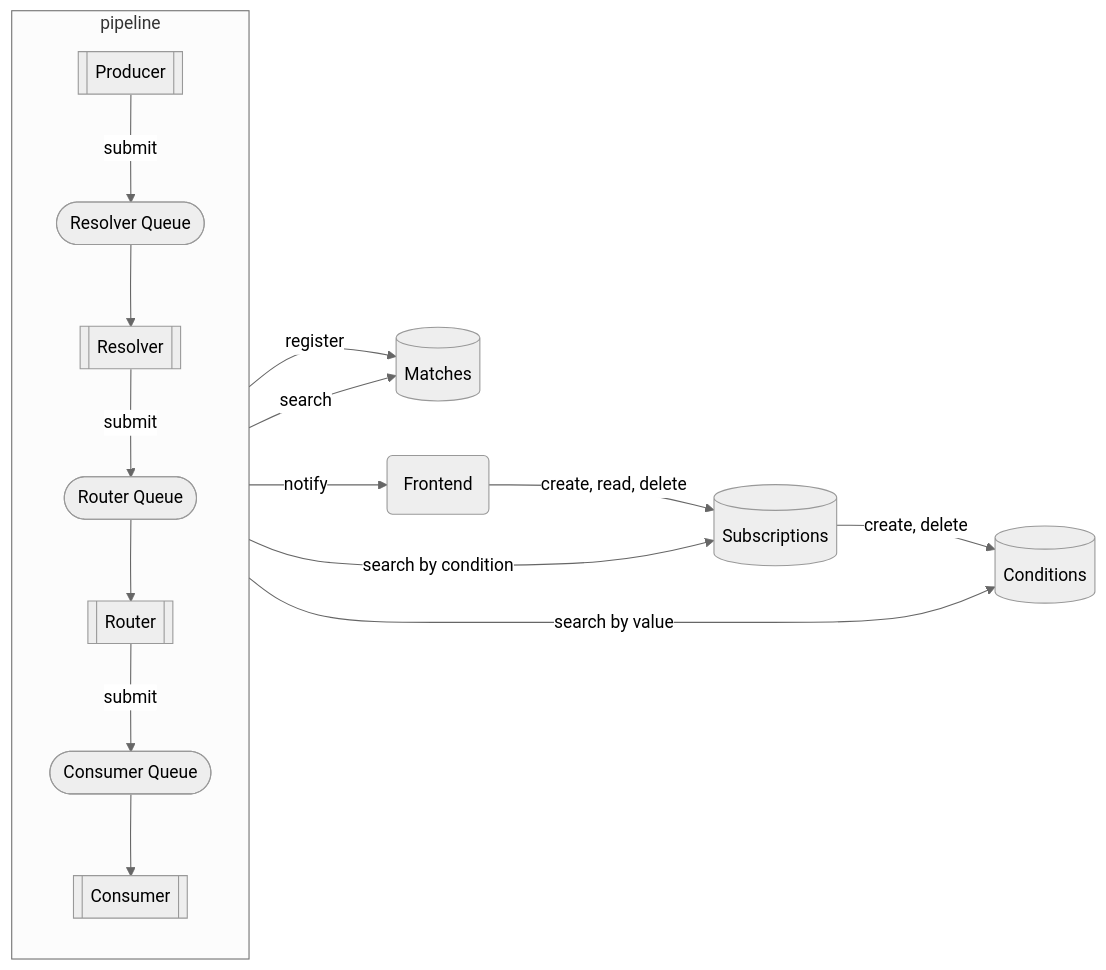
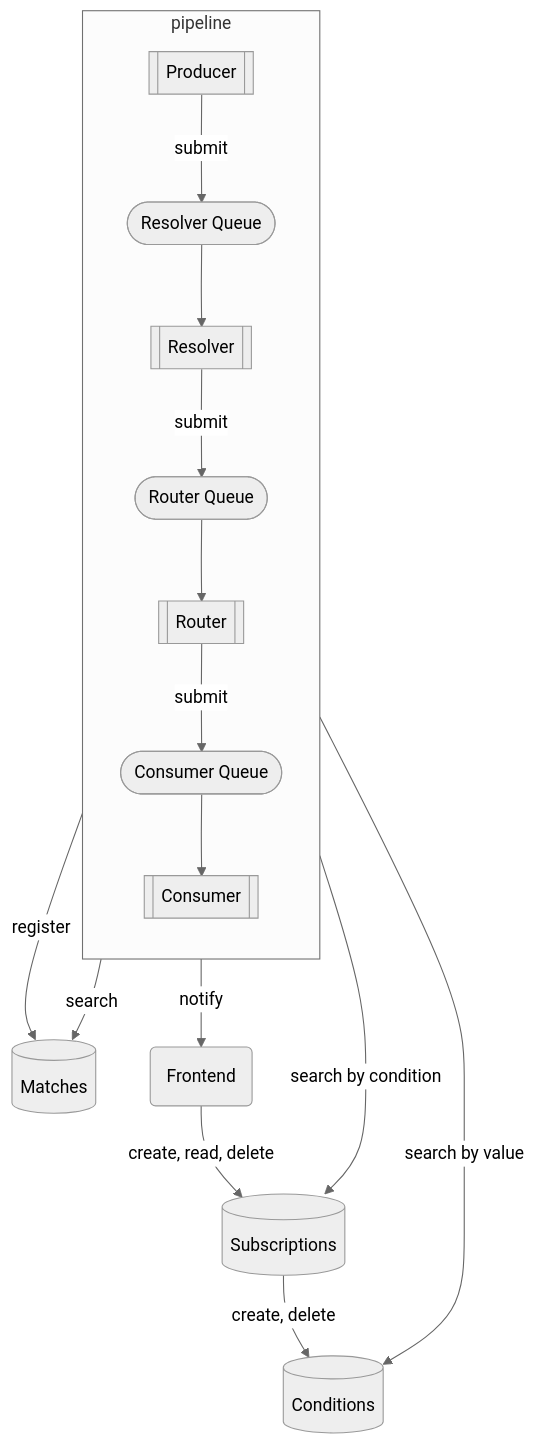
One commit to awakari/.github changed the second of 2 diagrams in profile/README.md. Above: the diagram before and after it, drawn with Mermaid.

````diff
--- a/profile/README.md
+++ b/profile/README.md
@@ -161,25 +161,25 @@
 ```mermaid
 %%{init: {'theme': 'neutral' } }%%
-flowchart LR
+flowchart TB
     subgraph pipeline
         direction TB
         producer[[Producer]]
         resolverQueue([Resolver Queue])
         resolver[[Resolver]]
         routerQueue([Router Queue])
         router[[Router]]
         consumerQueue([Consumer Queue])
         consumer[[Consumer]]
     end
     conditions[(Conditions)]
     subscriptions[(Subscriptions)]
     matches[(Matches)]
     frontend(Frontend) -->|create, read, delete| subscriptions
     producer -->|submit| resolverQueue
     resolver -->|search by value| conditions
     resolver --> |search by condition| subscriptions
     resolver --> |register| matches
     subscriptions --> |create, delete| conditions
     router --> |search| matches
     resolverQueue --> resolver -->|submit| routerQueue --> router -->|submit| consumerQueue --> consumer -->|notify| frontend
 ```
````
